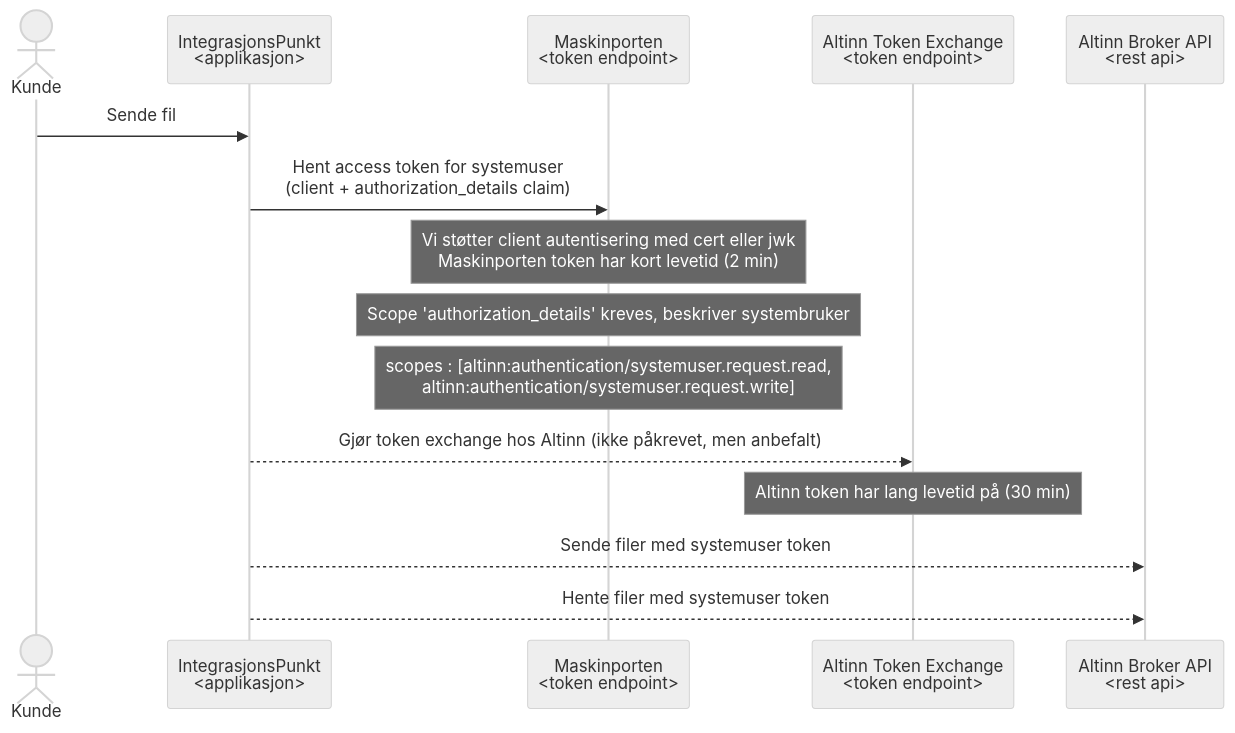
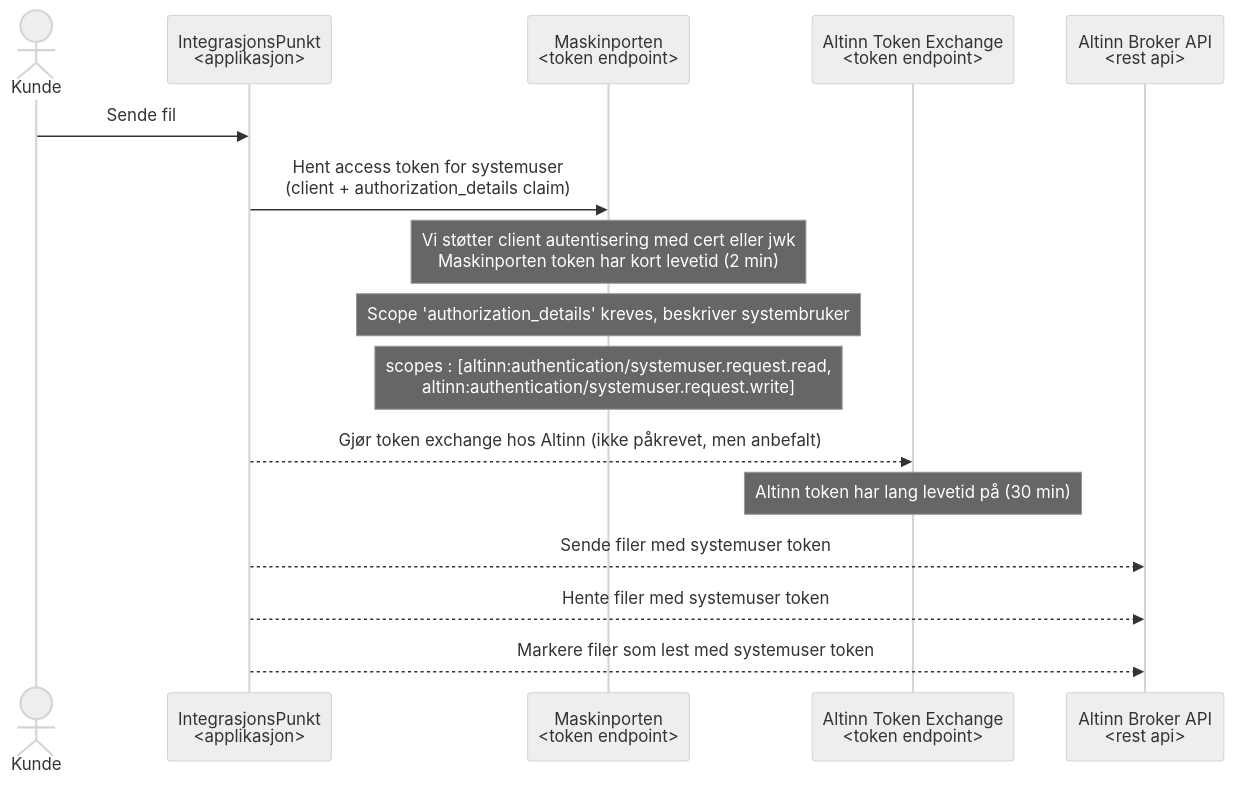
The second of 2 diagrams in altinn-v3-client/altinn_dpo.md (felleslosninger/efm-integrasjonspunkt), drawn with Mermaid (neutral theme) before and after one commit. The commit also changed other lines of this file and 5 other files, not shown here.

````diff
--- a/altinn-v3-client/altinn_dpo.md
+++ b/altinn-v3-client/altinn_dpo.md
@@ -50,19 +50,20 @@
 ```mermaid
 sequenceDiagram
     actor K as Kunde
     participant IP as IntegrasjonsPunkt<br><applikasjon>
     participant M as Maskinporten<br><token endpoint>
     participant AT as Altinn Token Exchange<br><token endpoint>
     participant AB as Altinn Broker API<br><rest api>
     
     K->>IP: Sende fil
     IP->>M: Hent access token for systemuser<br>(client + authorization_details claim)
     note over M : Vi støtter client autentisering med cert eller jwk<br>Maskinporten token har kort levetid (2 min)
     note over M : Scope 'authorization_details' kreves, beskriver systembruker 
     note over M : scopes : [altinn:authentication/systemuser.request.read,<br>altinn:authentication/systemuser.request.write]
 
 IP-->>AT: Gjør token exchange hos Altinn (ikke påkrevet, men anbefalt)
     note over AT : Altinn token har lang levetid på (30 min)
     IP-->>AB: Sende filer med systemuser token
     IP-->>AB: Hente filer med systemuser token
+    IP-->>AB: Markere filer som lest med systemuser token
 ```
````
